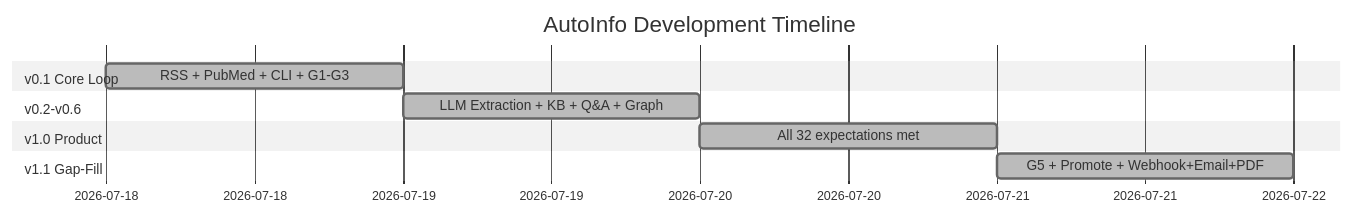
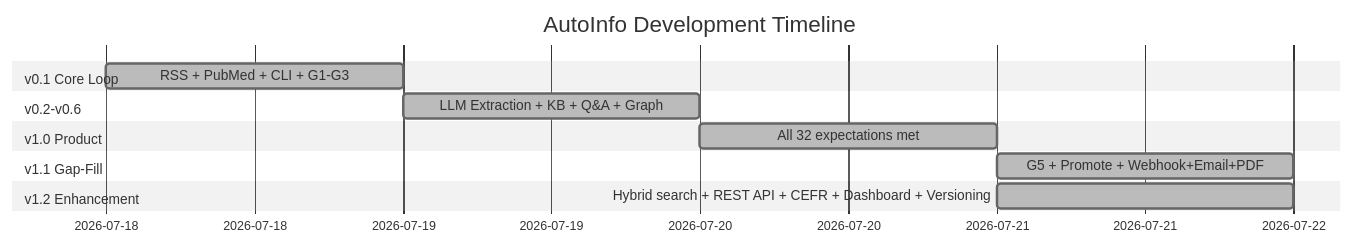
Before and after one commit to 1StepMore/AutoInfo: the diagram in docs/dev/founder-expectations.md, drawn with Mermaid. The commit also changed other lines of this file and 5 other files, not shown here.

````diff
--- a/docs/dev/founder-expectations.md
+++ b/docs/dev/founder-expectations.md
@@ -755,14 +765,16 @@
 ```mermaid
 %%{init: {'theme': 'neutral', 'themeVariables': { 'fontSize': '14px'}}}%%
 gantt
     title AutoInfo Development Timeline
     dateFormat  YYYY-MM-DD
     section v0.1 Core Loop
     RSS + PubMed + CLI + G1-G3           :done, 2026-07-18, 1d
     section v0.2-v0.6
     LLM Extraction + KB + Q&A + Graph    :done, 2026-07-19, 1d
     section v1.0 Product
     All 32 expectations met              :done, 2026-07-20, 1d
     section v1.1 Gap-Fill
     G5 + Promote + Webhook+Email+PDF     :done, 2026-07-21, 1d
+    section v1.2 Enhancement
+    Hybrid search + REST API + CEFR + Dashboard + Versioning :done, 2026-07-21, 1d
 ```
````
